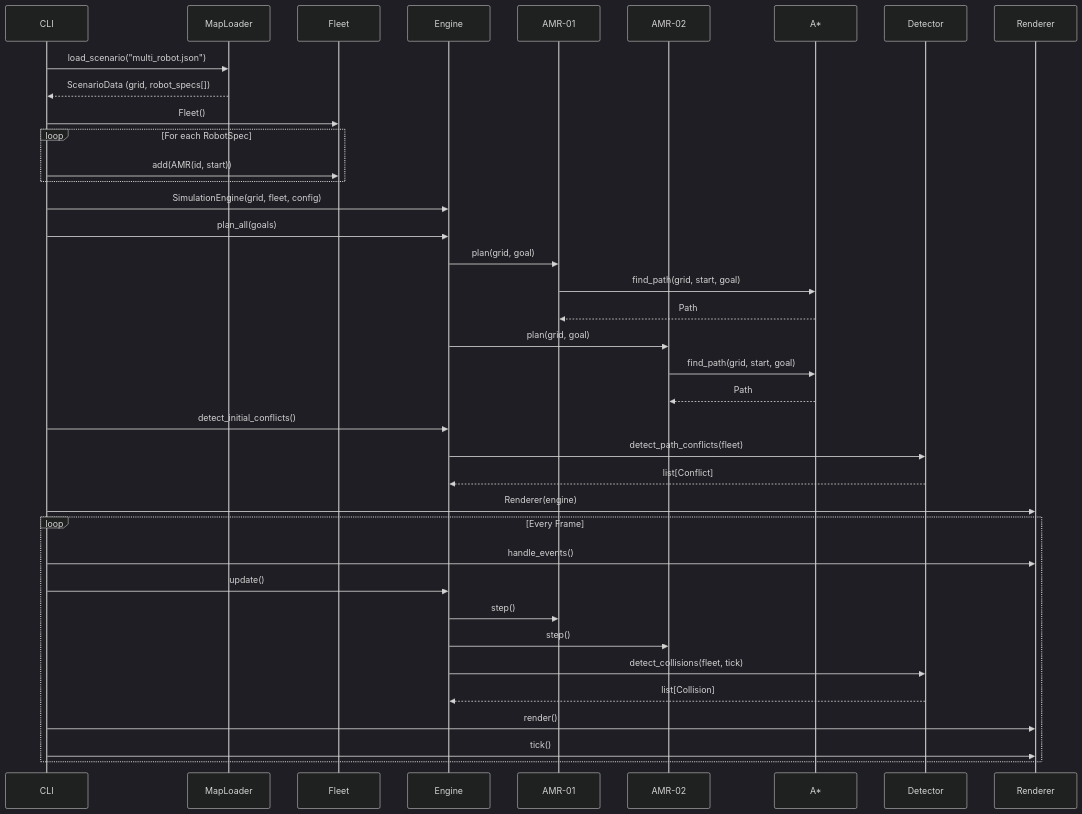
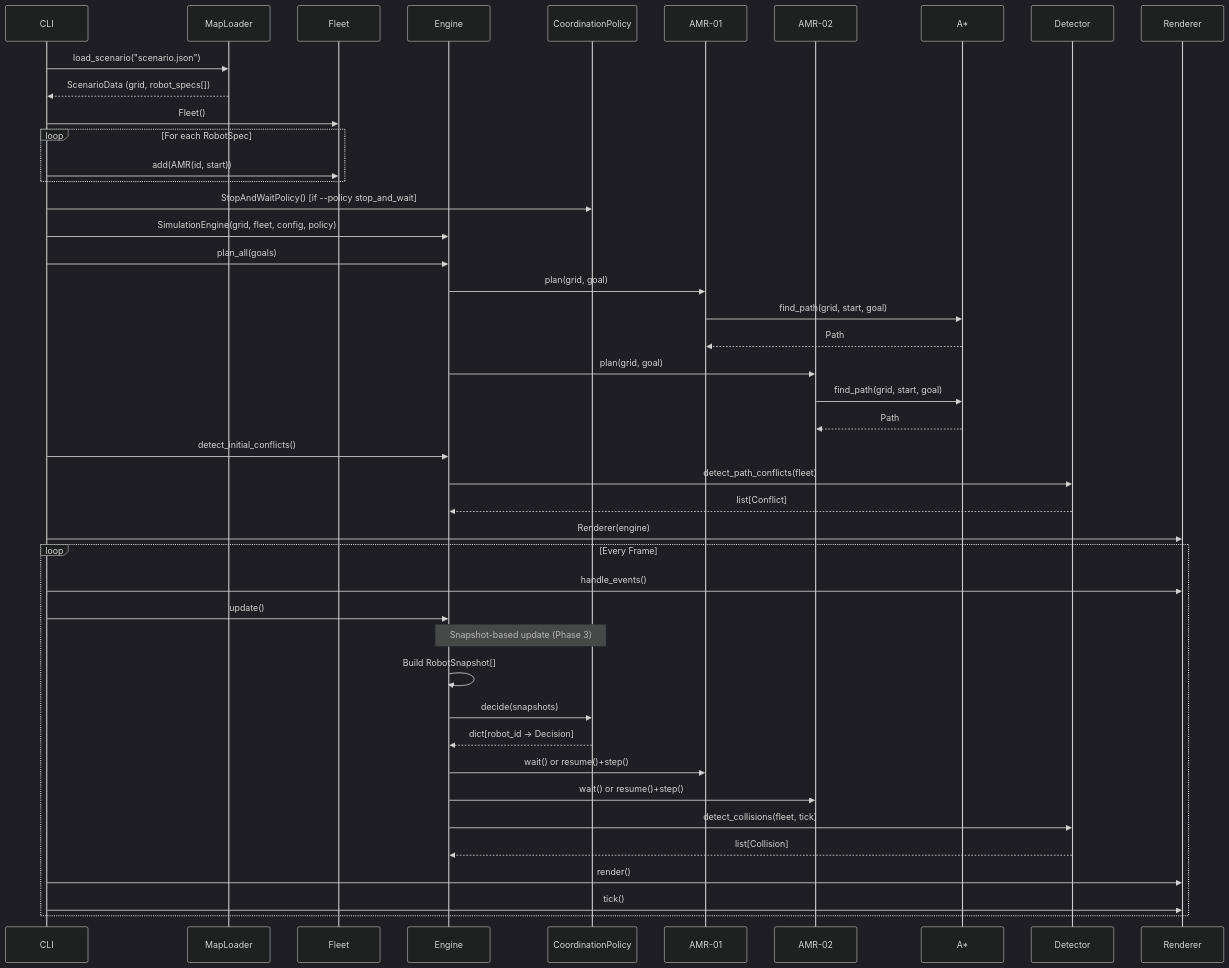
One commit to KuberTheGreat/SwarmOS changed the fourth of 7 diagrams in docs/architecture.md. Above: the diagram before and after it, drawn with Mermaid (dark theme). The commit also changed other lines of this file and 16 other files, not shown here.

````diff
--- a/docs/architecture.md
+++ b/docs/architecture.md
@@ -121,46 +231,54 @@
 ```mermaid
 sequenceDiagram
     participant CLI
     participant Loader as MapLoader
     participant Fleet
     participant Engine
+    participant Policy as CoordinationPolicy
     participant AMR1 as AMR-01
     participant AMR2 as AMR-02
     participant Planner as A*
     participant Detector
     participant Renderer
 
-    CLI->>Loader: load_scenario("multi_robot.json")
+    CLI->>Loader: load_scenario("scenario.json")
     Loader-->>CLI: ScenarioData (grid, robot_specs[])
 
     CLI->>Fleet: Fleet()
     loop For each RobotSpec
         CLI->>Fleet: add(AMR(id, start))
     end
 
-    CLI->>Engine: SimulationEngine(grid, fleet, config)
+    CLI->>Policy: StopAndWaitPolicy() [if --policy stop_and_wait]
+    CLI->>Engine: SimulationEngine(grid, fleet, config, policy)
     CLI->>Engine: plan_all(goals)
     Engine->>AMR1: plan(grid, goal)
     AMR1->>Planner: find_path(grid, start, goal)
     Planner-->>AMR1: Path
     Engine->>AMR2: plan(grid, goal)
     AMR2->>Planner: find_path(grid, start, goal)
     Planner-->>AMR2: Path
 
     CLI->>Engine: detect_initial_conflicts()
     Engine->>Detector: detect_path_conflicts(fleet)
     Detector-->>Engine: list[Conflict]
 
     CLI->>Renderer: Renderer(engine)
 
     loop Every Frame
         CLI->>Renderer: handle_events()
         CLI->>Engine: update()
-        Engine->>AMR1: step()
-        Engine->>AMR2: step()
+
+        Note over Engine,Policy: Snapshot-based update (Phase 3)
+        Engine->>Engine: Build RobotSnapshot[]
+        Engine->>Policy: decide(snapshots)
+        Policy-->>Engine: dict[robot_id → Decision]
+        Engine->>AMR1: wait() or resume()+step()
+        Engine->>AMR2: wait() or resume()+step()
+
         Engine->>Detector: detect_collisions(fleet, tick)
         Detector-->>Engine: list[Collision]
         CLI->>Renderer: render()
         CLI->>Renderer: tick()
     end
 ```
````
